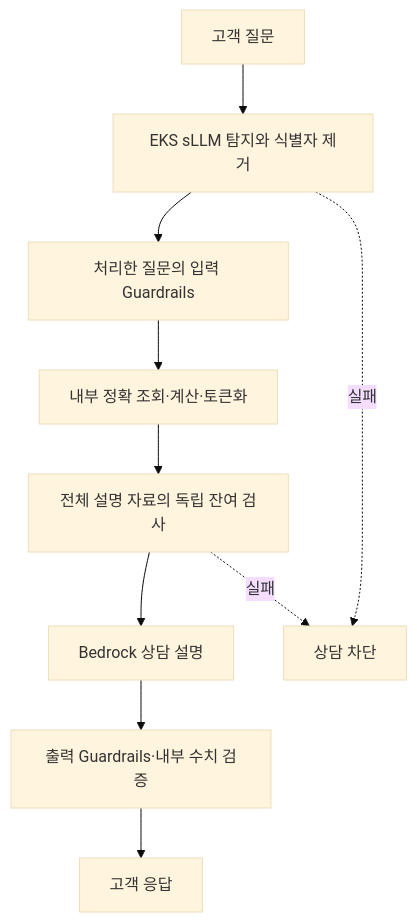
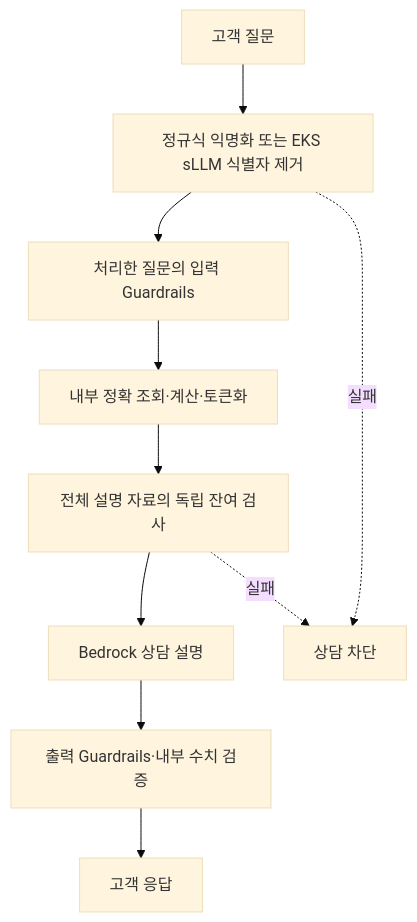
Before and after one commit to Atom-oh/AgenticAI-Platform: the diagram in docs/14-demo/mydata-privacy.md, drawn with Mermaid (base theme). The commit also changed other lines of this file and 37 other files, not shown here.

````diff
--- a/docs/14-demo/mydata-privacy.md
+++ b/docs/14-demo/mydata-privacy.md
@@ -26,14 +28,14 @@
 ```mermaid
 flowchart TD
   accTitle: 마이데이터 개인정보 처리와 상담 차단 흐름
-  accDescr: 자유 문장 질문을 EKS에서 비식별 처리한 뒤 입력 Guardrails와 내부 조회 및 계산, 정형 필드 토큰화를 수행한다. 설명 자료 전체를 독립 검사로 확인하고 Bedrock 설명, 출력 Guardrails와 수치 검증을 거쳐 고객에게 응답한다. 질문 처리나 설명 자료 검사에 실패하면 상담을 차단한다.
-  Q[고객 질문] --> P[EKS sLLM 탐지와 식별자 제거]
+  accDescr: 자유 문장 질문의 직접 식별자를 정규식 익명화 또는 선택한 EKS 모델로 제거한 뒤 입력 Guardrails와 내부 조회 및 계산, 정형 필드 토큰화를 수행한다. 설명 자료 전체를 독립 검사로 확인하고 Bedrock 설명, 출력 Guardrails와 수치 검증을 거쳐 고객에게 응답한다. 질문 처리나 설명 자료 검사에 실패하면 상담을 차단한다.
+  Q[고객 질문] --> P[정규식 익명화 또는 EKS sLLM 식별자 제거]
   P --> G[처리한 질문의 입력 Guardrails]
   G --> C[내부 정확 조회·계산·토큰화]
   C --> V[전체 설명 자료의 독립 잔여 검사]
   V --> L[Bedrock 상담 설명]
   L --> O[출력 Guardrails·내부 수치 검증]
   O --> R[고객 응답]
   P -. 실패 .-> B[상담 차단]
   V -. 실패 .-> B
 ```
````
